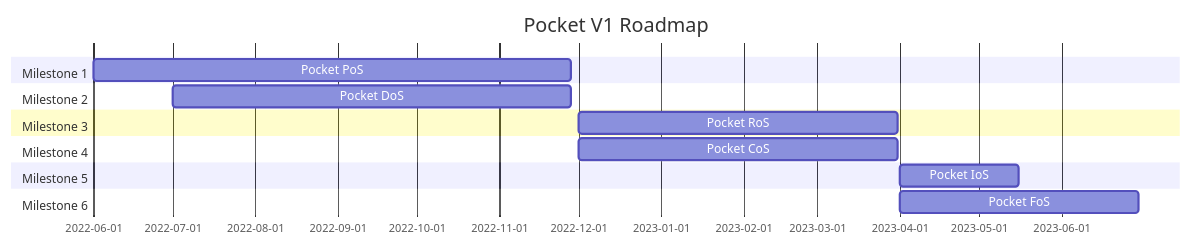
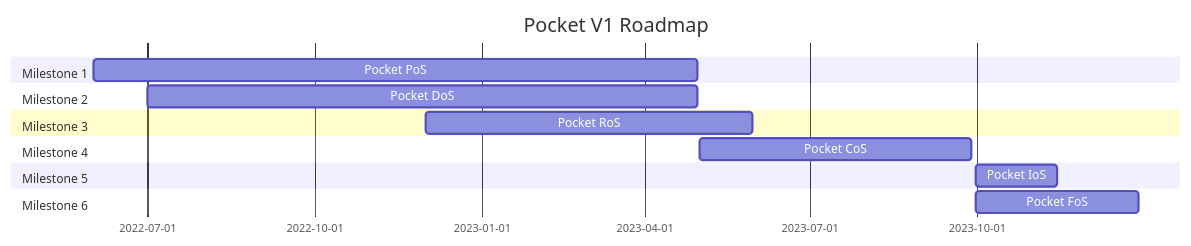
Before and after one commit to pokt-network/pocket: the diagram in docs/roadmap/README.md, drawn with Mermaid.

Commit message:
[Docs] Update Roadmap Timelines (#392)
## Description

Updated roadmap timelines post Q1 2023 planning.

- PoS, DoS, RoS and CoS pushed to May 2023 delivery since they are being done in parallel
- IoS and FoS pushed to June and July 2023 respectively

## Issue

NA

## Type of change

Please mark the relevant option(s):

- [ ] New feature, functionality or library
- [ ] Bug fix
- [ ] Code health or cleanup
- [ ] Major breaking change
- [x] Documentation
- [ ] Other <!-- add details here if it a different type of change -->

## List of changes

- Updated V1 roadmap Milestone delivery timelines

````diff
--- a/docs/roadmap/README.md
+++ b/docs/roadmap/README.md
@@ -23,17 +23,17 @@
 ```mermaid
 gantt
     title Pocket V1 Roadmap
     dateFormat  YYYY-MM-DD
     section Milestone 1
-        Pocket PoS       :a1, 2022-06-01, 180d
+        Pocket PoS       :a1, 2022-06-01, 333d
     section Milestone 2
-        Pocket DoS       :a1, 2022-07-01, 150d
+        Pocket DoS       :a1, 2022-07-01, 303d
     section Milestone 3
-        Pocket RoS       :a1, 2022-12-01, 120d
+        Pocket RoS       :a1, 2022-12-01, 180d
     section Milestone 4
-        Pocket CoS       :a1, 2022-12-01, 120d
+        Pocket CoS       :a1, 2023-05-01, 150d
     section Milestone 5
-        Pocket IoS       :a1, 2023-04-01, 45d
+        Pocket IoS       :a1, 2023-09-30, 45d
     section Milestone 6
-        Pocket FoS       :a1, 2023-04-01, 90d
+        Pocket FoS       :a1, 2023-09-30, 90d
 ```
````
